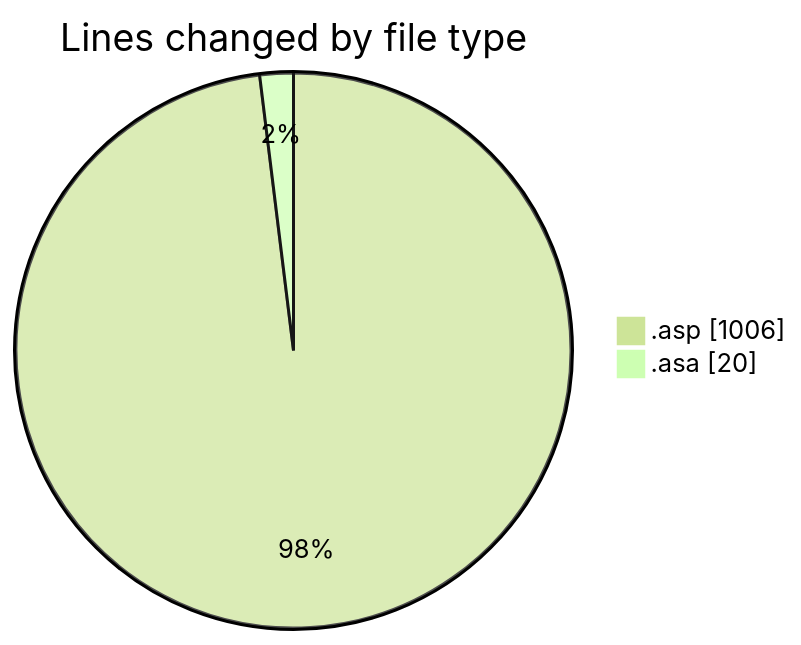
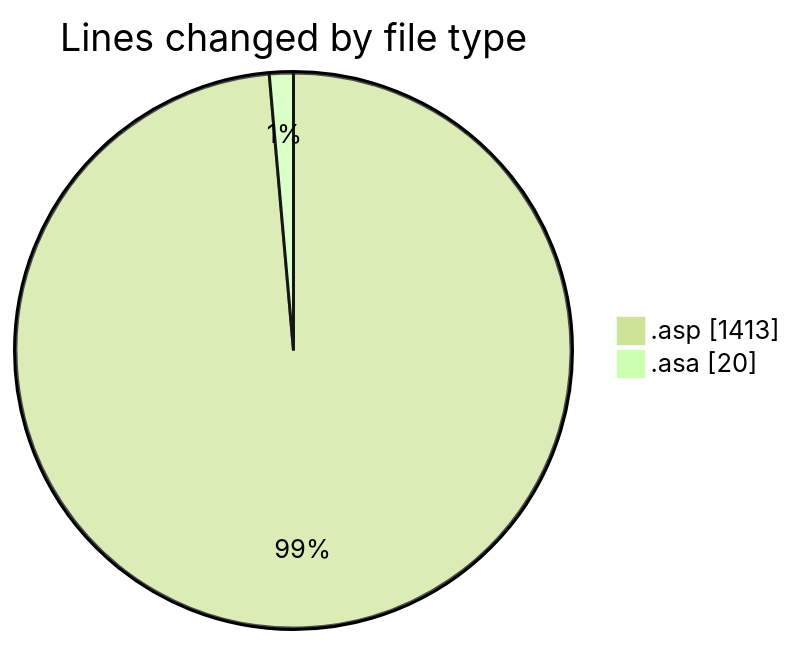
The first of 2 diagrams in 2025-11-06/cdp_aleoudev_fr__workspace_/README.md (julien-gomy/code-tracking), drawn with Mermaid (forest theme) before and after one commit. The commit also changed other lines of this file and 1 other file, not shown here.

````diff
--- a/2025-11-06/cdp_aleoudev_fr__workspace_/README.md
+++ b/2025-11-06/cdp_aleoudev_fr__workspace_/README.md
@@ -24,6 +25,6 @@
 ```mermaid
 pie showData
 title Lines changed by file type
-".asp" : 1006
+".asp" : 1413
 ".asa" : 20
 ```
````
